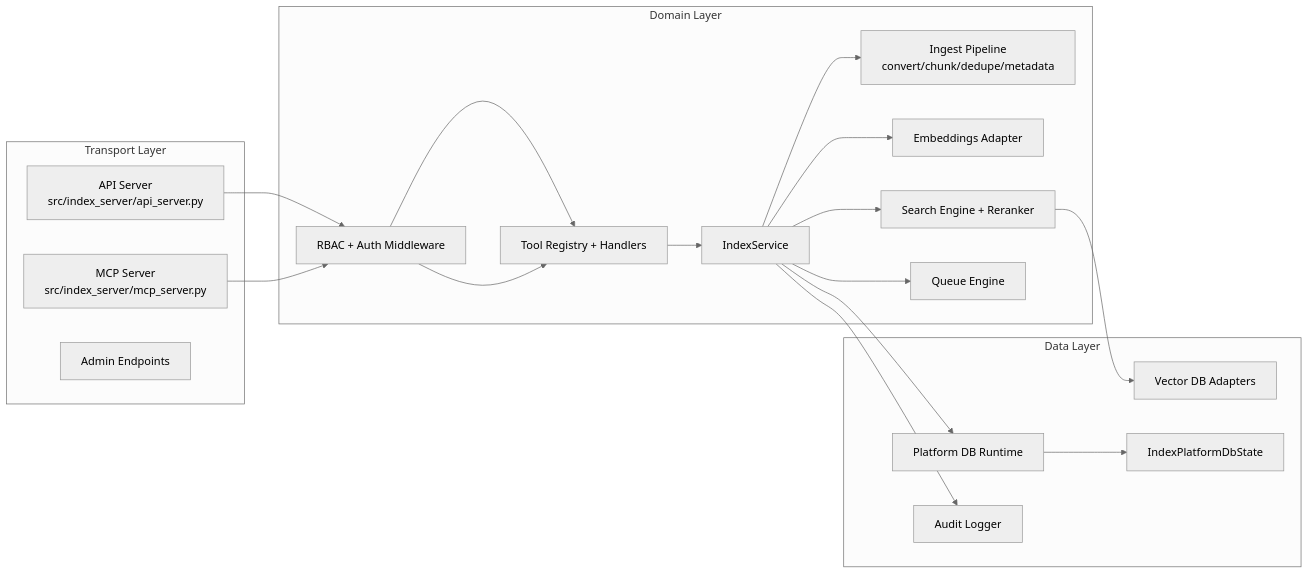
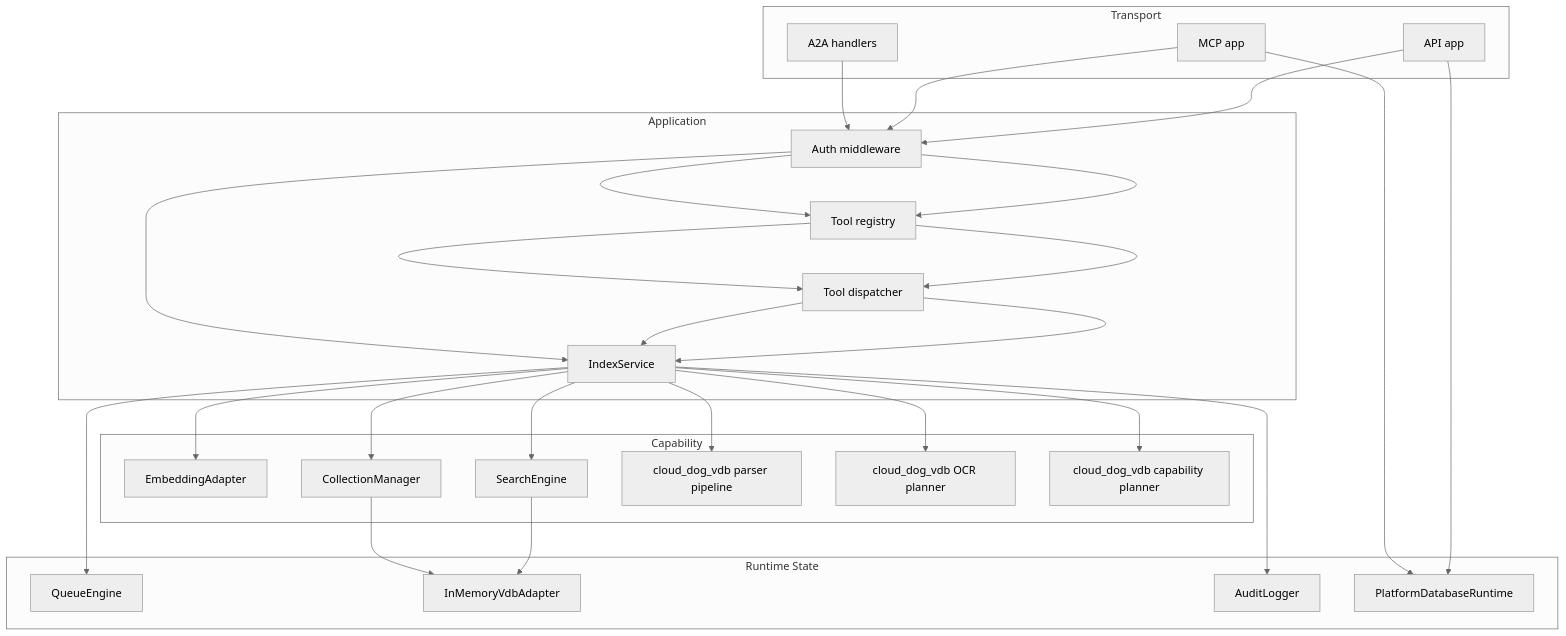
Before and after one commit to Cloud-Dog-AI/index-retriever-mcp-server: the third of 4 diagrams in docs/ARCHITECTURE.md, drawn with Mermaid (neutral theme). The commit also changed other lines of this file and 251 other files, not shown here.

````diff
--- a/docs/ARCHITECTURE.md
+++ b/docs/ARCHITECTURE.md
@@ -51,36 +168,48 @@
 ```mermaid
-graph LR
-    subgraph Transport Layer
-        API[API Server<br/>src/index_server/api_server.py]
-        MCP[MCP Server<br/>src/index_server/mcp_server.py]
-        ADMIN[Admin Endpoints]
+graph TB
+    subgraph Transport
+        API[API app]
+        MCP[MCP app]
+        A2A[A2A handlers]
     end
 
-    subgraph Domain Layer
-        SERVICE[IndexService]
-        TOOLS[Tool Registry + Handlers]
-        PIPE[Ingest Pipeline<br/>convert/chunk/dedupe/metadata]
-        EMB[Embeddings Adapter]
-        SEARCH[Search Engine + Reranker]
-        RBAC[RBAC + Auth Middleware]
-        QUEUE[Queue Engine]
+    subgraph Application
+        AUTH[Auth middleware]
+        REG[Tool registry]
+        EXEC[Tool dispatcher]
+        SVC[IndexService]
     end
 
-    subgraph Data Layer
-        VDBL[Vector DB Adapters]
-        DBRT[Platform DB Runtime]
-        STATE[IndexPlatformDbState]
-        AUDIT[Audit Logger]
+    subgraph Capability
+        EMB[EmbeddingAdapter]
+        SEARCH[SearchEngine]
+        COLL[CollectionManager]
+        PARSE[cloud_dog_vdb parser pipeline]
+        OCR[cloud_dog_vdb OCR planner]
+        CAP[cloud_dog_vdb capability planner]
     end
 
-    API --> RBAC --> TOOLS
-    MCP --> RBAC --> TOOLS
-    TOOLS --> SERVICE
-    SERVICE --> PIPE
-    SERVICE --> EMB
-    SERVICE --> SEARCH
-    SERVICE --> QUEUE
-    SEARCH --> VDBL
-    SERVICE --> DBRT --> STATE
-    SERVICE --> AUDIT
+    subgraph Runtime State
+        QUEUE[QueueEngine]
+        VDB[InMemoryVdbAdapter]
+        AUDIT[AuditLogger]
+        DBRT[PlatformDatabaseRuntime]
+    end
+
+    API --> AUTH --> REG --> EXEC --> SVC
+    MCP --> AUTH --> REG --> EXEC --> SVC
+    A2A --> AUTH --> SVC
+
+    SVC --> EMB
+    SVC --> SEARCH
+    SVC --> COLL
+    SVC --> PARSE
+    SVC --> OCR
+    SVC --> CAP
+    SVC --> QUEUE
+    SEARCH --> VDB
+    COLL --> VDB
+    SVC --> AUDIT
+    API --> DBRT
+    MCP --> DBRT
 ```
````
